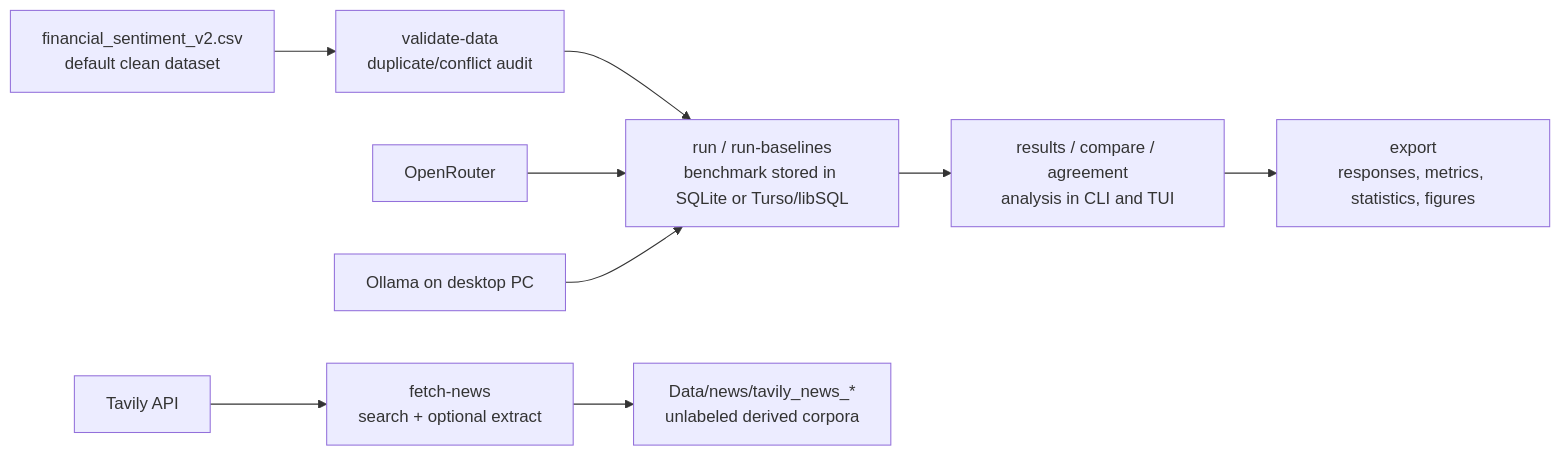
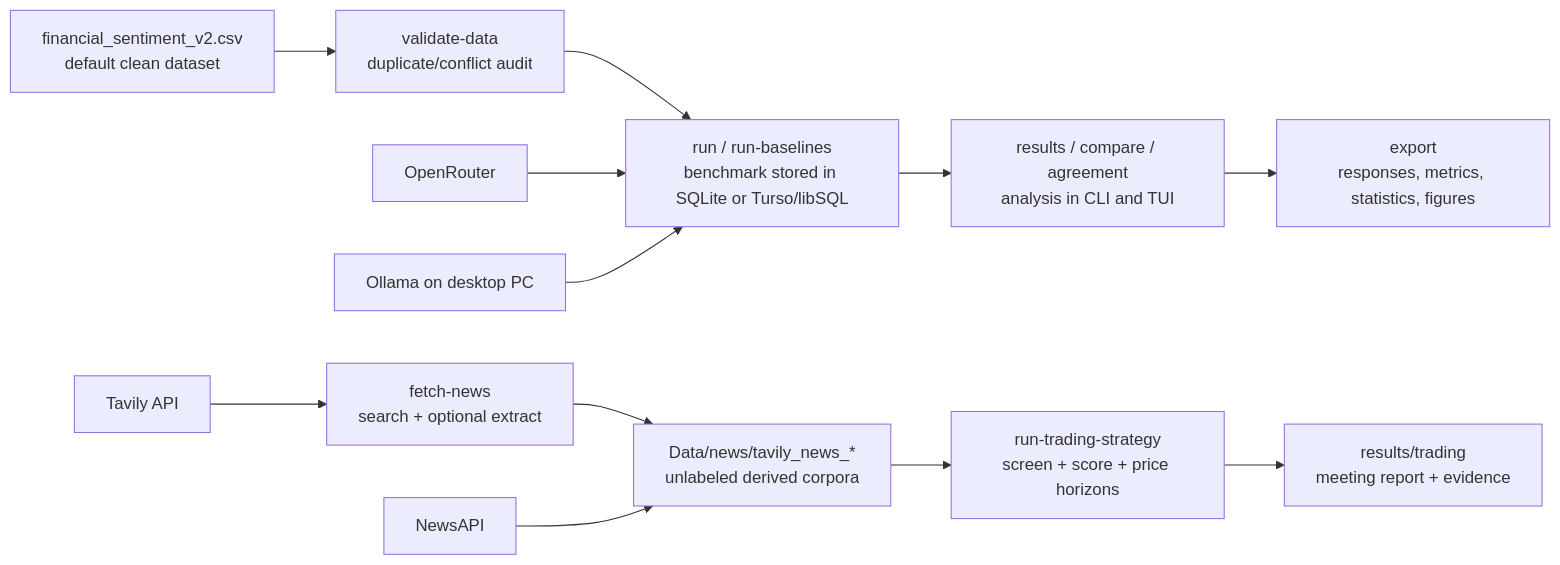
One commit to PeterLP123/Sentiment_Dissertation changed the diagram in README.md. Above: the diagram before and after it, drawn with Mermaid. The commit also changed other lines of this file and 27 other files, not shown here.

First line of the commit message:
Add news-sentiment trading pilot with NewsAPI source

````diff
--- a/README.md
+++ b/README.md
@@ -129,11 +145,14 @@
 ```mermaid
 flowchart LR
     A["financial_sentiment_v2.csv<br/>default clean dataset"] --> B["validate-data<br/>duplicate/conflict audit"]
     B --> C["run / run-baselines<br/>benchmark stored in SQLite or Turso/libSQL"]
     C --> D["results / compare / agreement<br/>analysis in CLI and TUI"]
     D --> E["export<br/>responses, metrics, statistics, figures"]
     F["Tavily API"] --> G["fetch-news<br/>search + optional extract"]
     G --> H["Data/news/tavily_news_*<br/>unlabeled derived corpora"]
+    K["NewsAPI"] --> H
+    H --> L["run-trading-strategy<br/>screen + score + price horizons"]
+    L --> M["results/trading<br/>meeting report + evidence"]
     I["OpenRouter"] --> C
     J["Ollama on desktop PC"] --> C
 ```
````
